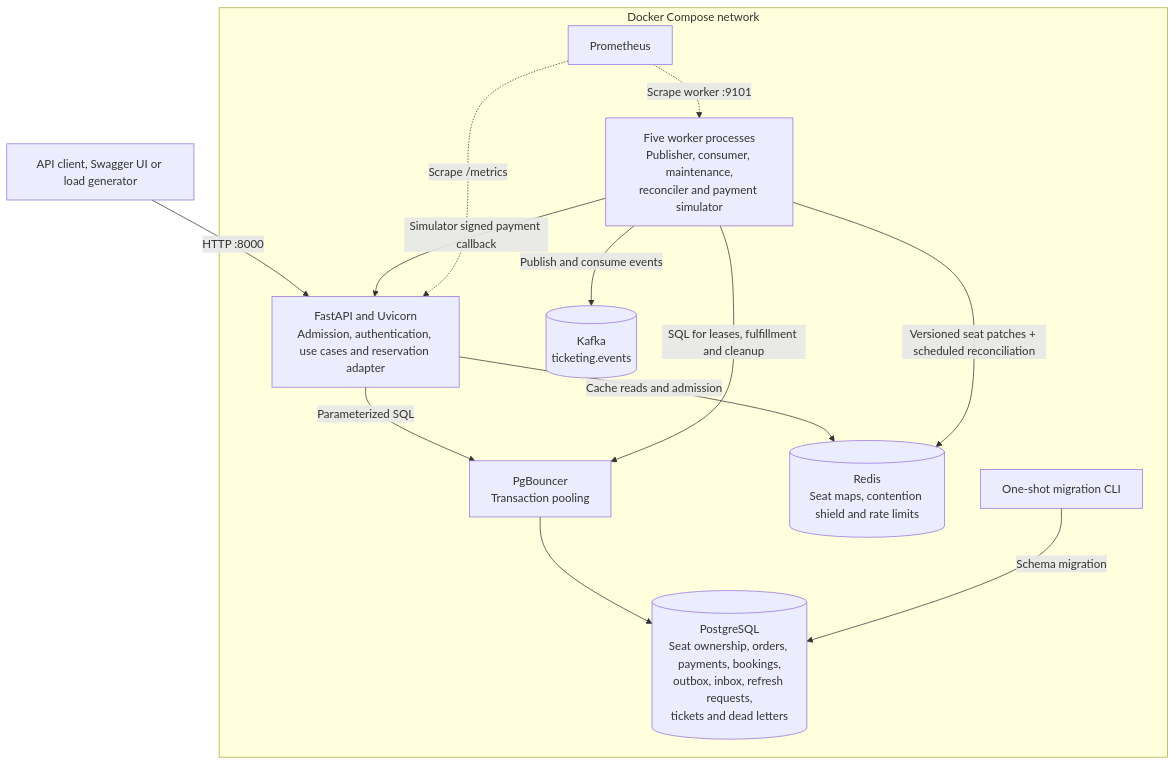
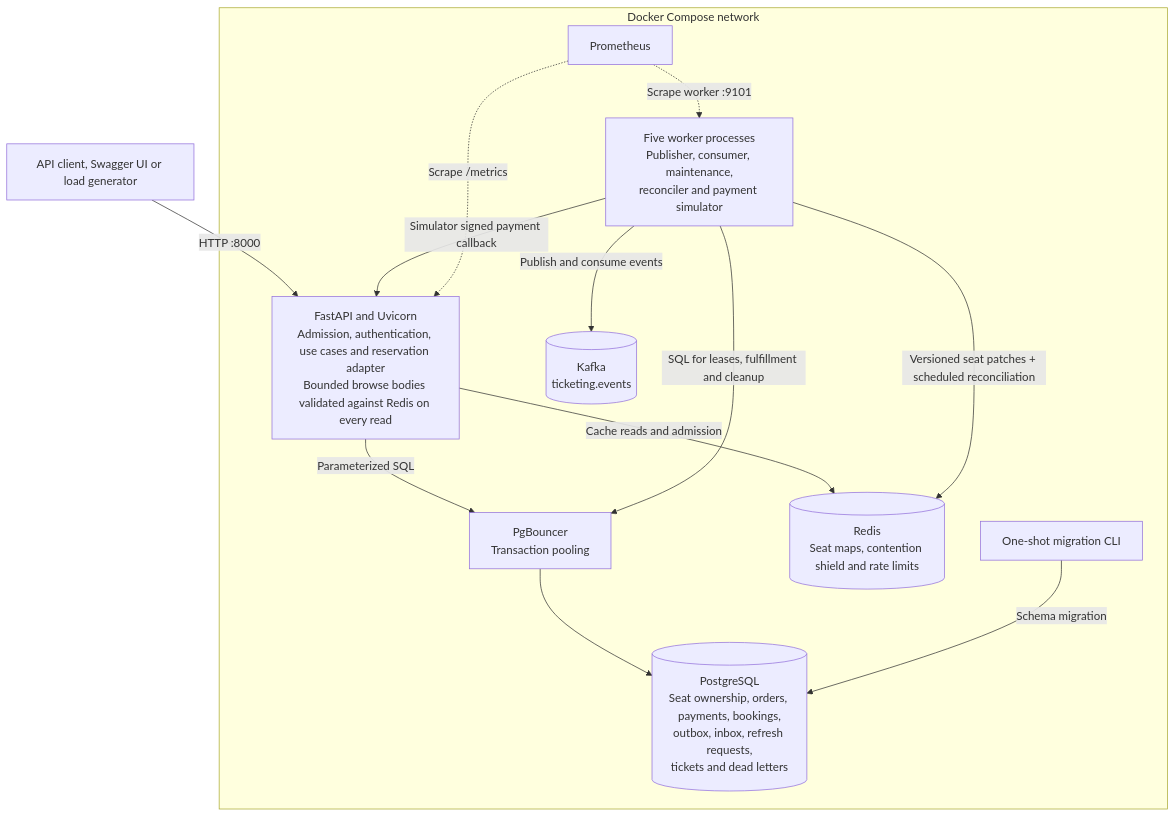
One commit to chawansit/flash-ticketing changed the first of 2 diagrams in docs/system-diagrams.md. Above: the diagram before and after it, drawn with Mermaid. The commit also changed 32 other files, not shown here.

````diff
--- a/docs/system-diagrams.md
+++ b/docs/system-diagrams.md
@@ -7,25 +7,25 @@
 ```mermaid
 flowchart TB
     Client["API client, Swagger UI or load generator"]
     subgraph Local["Docker Compose network"]
-        API["FastAPI and Uvicorn<br/>Admission, authentication, use cases and reservation adapter"]
+        API["FastAPI and Uvicorn<br/>Admission, authentication, use cases and reservation adapter<br/>Bounded browse bodies validated against Redis on every read"]
         Workers["Five worker processes<br/>Publisher, consumer, maintenance,<br/>reconciler and payment simulator"]
         Pool["PgBouncer<br/>Transaction pooling"]
         DB[("PostgreSQL<br/>Seat ownership, orders, payments, bookings,<br/>outbox, inbox, refresh requests,<br/>tickets and dead letters")]
         Cache[("Redis<br/>Seat maps, contention shield and rate limits")]
         Broker[("Kafka<br/>ticketing.events")]
         Metrics["Prometheus"]
         Migrate["One-shot migration CLI"]
     end
     Client -->|"HTTP :8000"| API
     API -->|"Parameterized SQL"| Pool
     Workers -->|"SQL for leases, fulfillment and cleanup"| Pool
     Pool --> DB
     API -->|"Cache reads and admission"| Cache
     Workers -->|"Versioned seat patches + scheduled reconciliation"| Cache
     Workers -->|"Publish and consume events"| Broker
     Workers -->|"Simulator signed payment callback"| API
     Migrate -->|"Schema migration"| DB
     Metrics -.->|"Scrape /metrics"| API
     Metrics -.->|"Scrape worker :9101"| Workers
 ```
````
